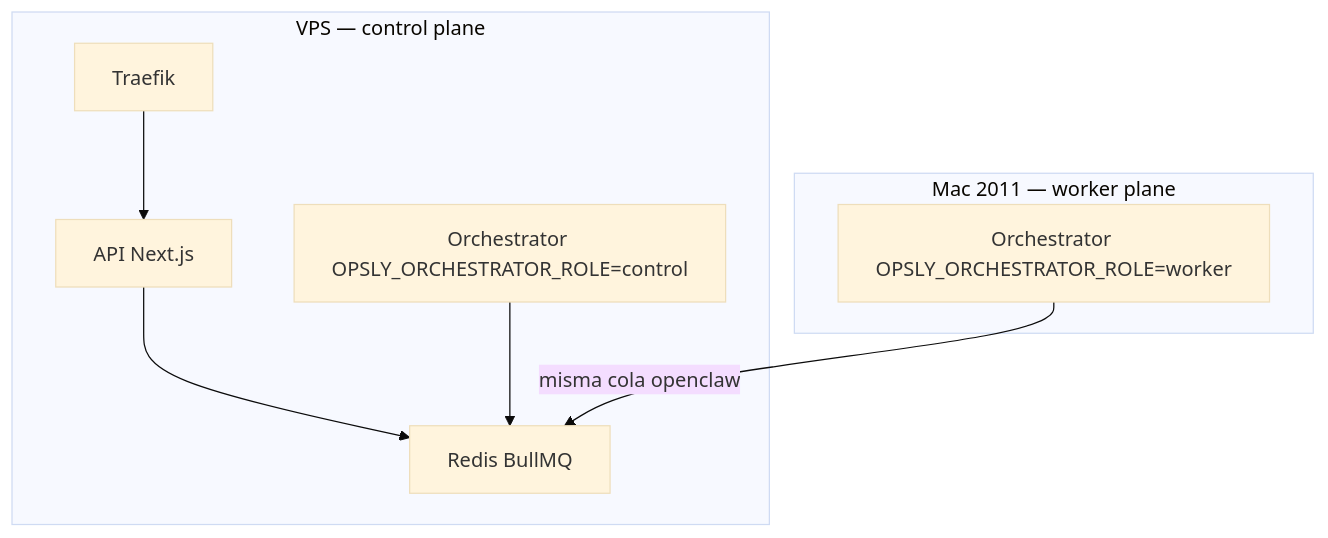
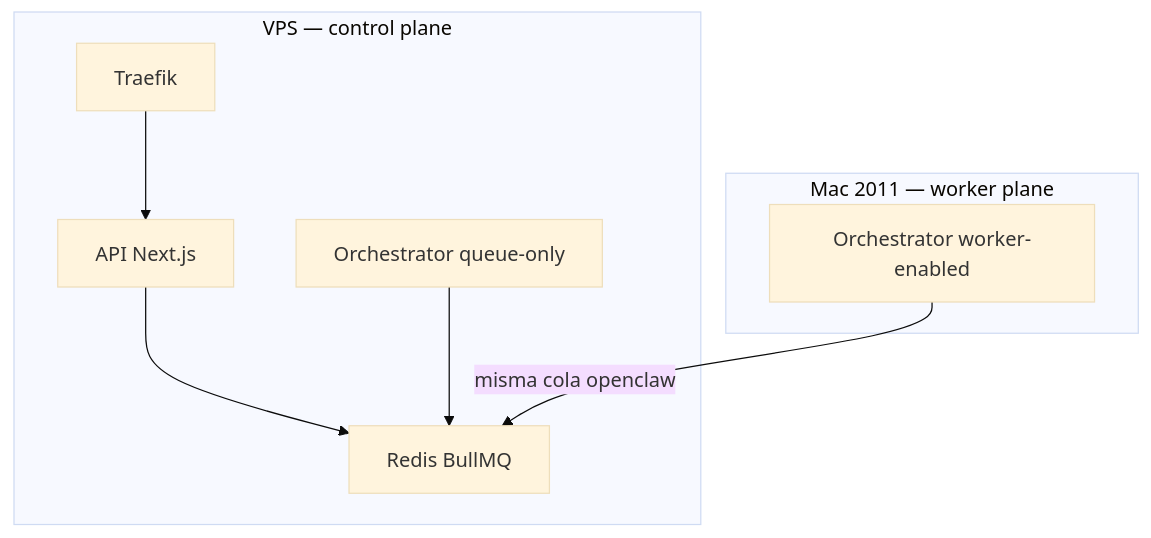
One commit to cloudsysops/opsly changed the diagram in docs/ARCHITECTURE-DISTRIBUTED.md. Above: the diagram before and after it, drawn with Mermaid (base theme). The commit also changed other lines of this file and 25 other files, not shown here.

Commit message:
feat(orchestrator): wire distributed ollama worker topology

````diff
--- a/docs/ARCHITECTURE-DISTRIBUTED.md
+++ b/docs/ARCHITECTURE-DISTRIBUTED.md
@@ -11,18 +11,18 @@
 ```mermaid
 flowchart TB
   subgraph VPS["VPS — control plane"]
     API["API Next.js"]
     Redis["Redis BullMQ"]
-    OrchC["Orchestrator OPSLY_ORCHESTRATOR_ROLE=control"]
+    OrchC["Orchestrator queue-only"]
     T["Traefik"]
     API --> Redis
     OrchC --> Redis
     T --> API
   end
 
   subgraph Mac["Mac 2011 — worker plane"]
-    OrchW["Orchestrator OPSLY_ORCHESTRATOR_ROLE=worker"]
+    OrchW["Orchestrator worker-enabled"]
   end
 
   OrchW -->|"misma cola openclaw"| Redis
 ```
````
